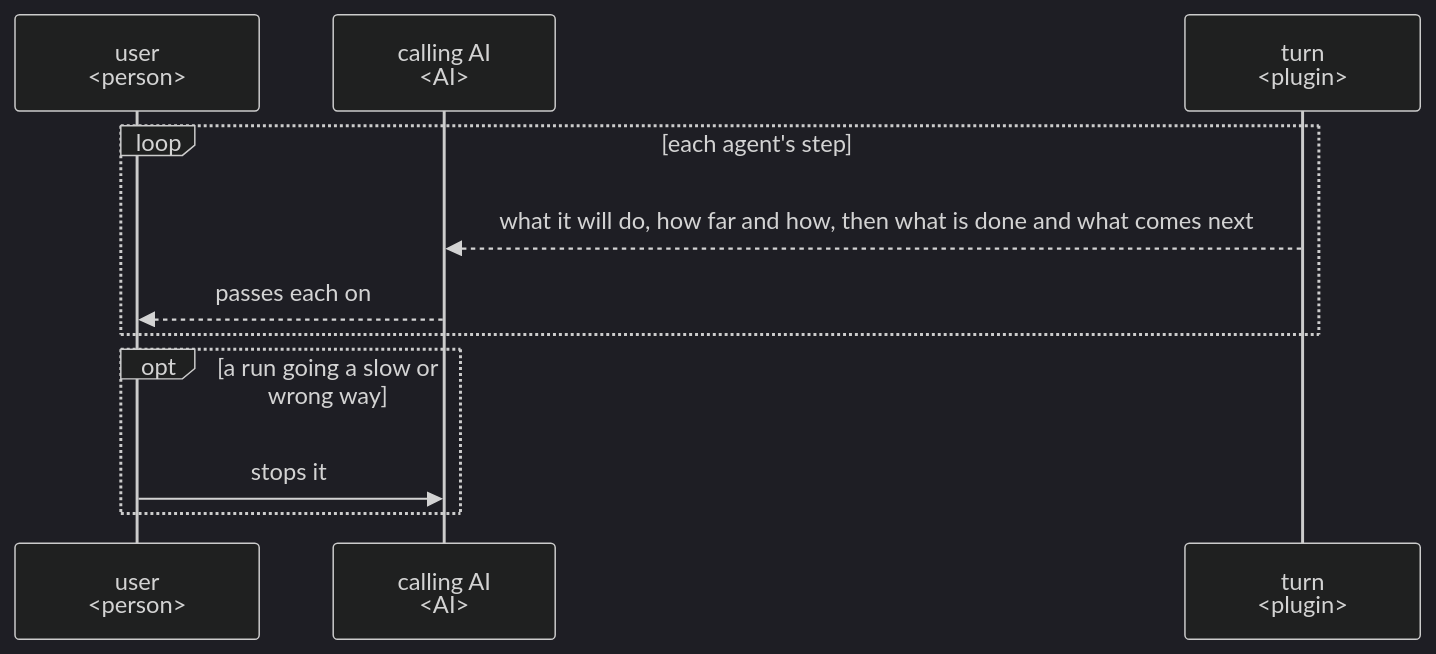
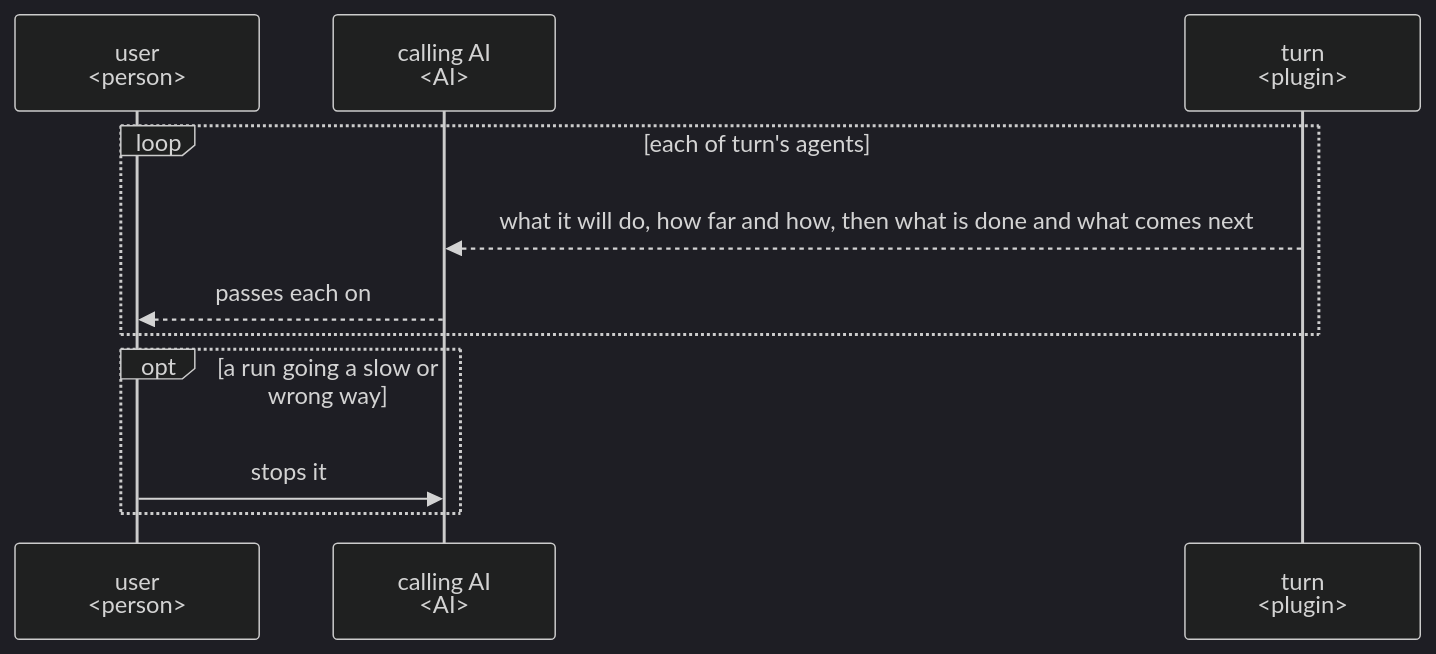
One commit to lovaizu/ccpm changed the second of 4 diagrams in dev/turn/ux.md. Above: the diagram before and after it, drawn with Mermaid (dark theme). The commit also changed other lines of this file and 2 other files, not shown here.

````diff
--- a/dev/turn/ux.md
+++ b/dev/turn/ux.md
@@ -63,13 +60,13 @@
 ```mermaid
 sequenceDiagram
   participant U as user<br/>#lt;person#gt;
   participant C as calling AI<br/>#lt;AI#gt;
   participant T as turn<br/>#lt;plugin#gt;
-  loop each agent's step
+  loop each of turn's agents
     T-->>C: what it will do, how far and how, then what is done and what comes next
     C-->>U: passes each on
   end
   opt a run going a slow or wrong way
     U->>C: stops it
   end
 ```
````
